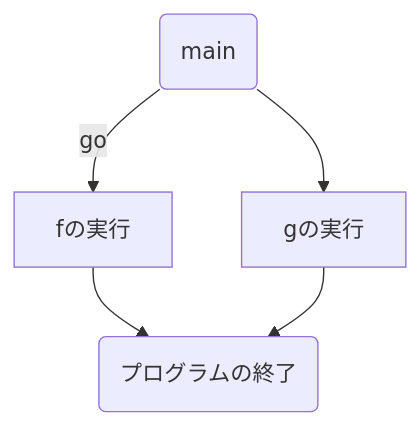
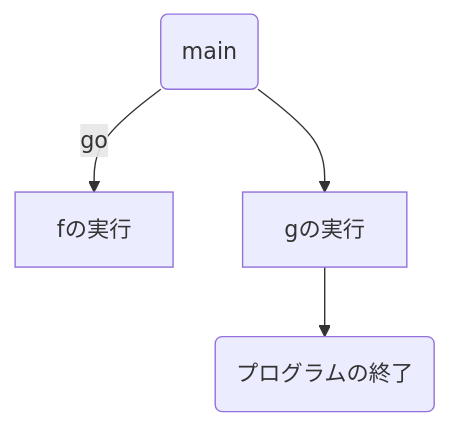
Before and after one commit to TAMURAtomohiro/blog-hugo: the diagram in static/img/why-concurrent-programs-are-matters/concurrent.mmd, drawn with Mermaid. The commit also changed 78 other files, not shown here.

```diff
--- a/static/img/why-concurrent-programs-are-matters/concurrent.mmd
+++ b/static/img/why-concurrent-programs-are-matters/concurrent.mmd
@@ -1,9 +1,8 @@
 graph TD
   main(main)
 	f[fの実行]
 	g[gの実行]
   exit(プログラムの終了)
 	main-->|go|f
 	main-->g
-	f-->exit
 	g-->exit
```
